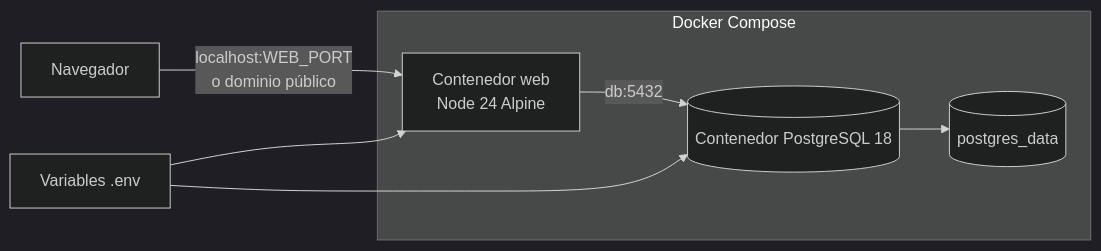
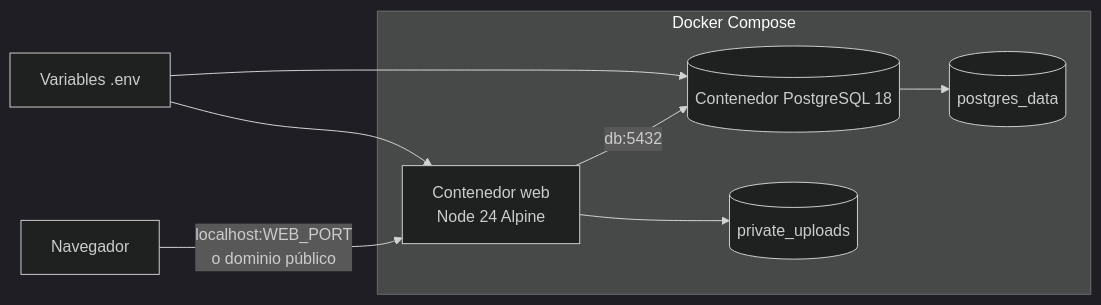
Before and after one commit to alejandro-larin/fuerza-total-web: the third of 10 diagrams in docs/architecture.md, drawn with Mermaid (dark theme). The commit also changed other lines of this file and 6 other files, not shown here.

````diff
--- a/docs/architecture.md
+++ b/docs/architecture.md
@@ -56,12 +58,13 @@
 ```mermaid
 flowchart LR
     B[Navegador] -->|localhost:WEB_PORT<br/>o dominio público| W[Contenedor web<br/>Node 24 Alpine]
 
     subgraph Docker Compose
         W -->|db:5432| DB[(Contenedor PostgreSQL 18)]
+        W --> UP[(private_uploads)]
         DB --> VOL[(postgres_data)]
     end
 
     ENV[Variables .env] --> W
     ENV --> DB
 ```
````
